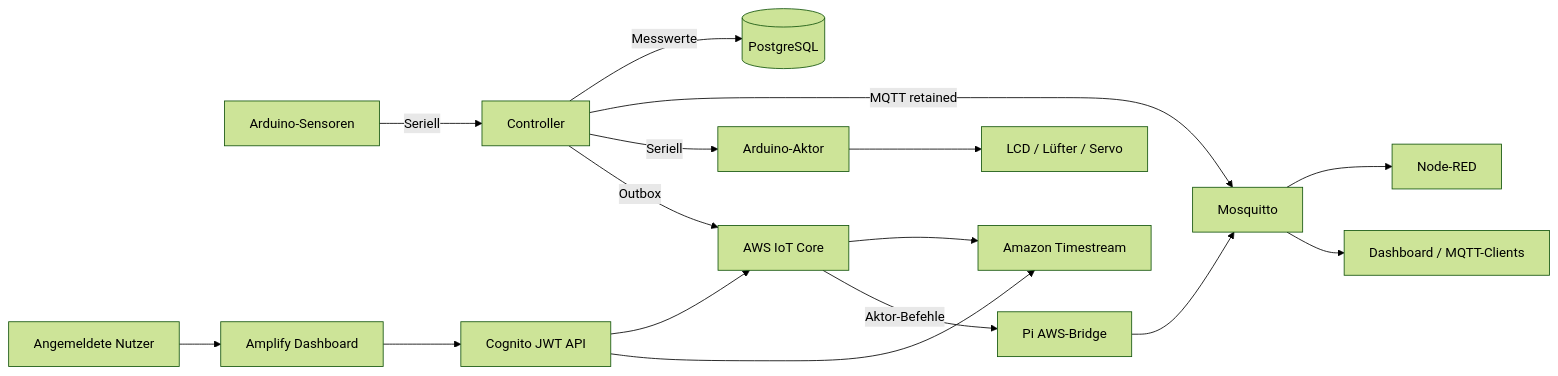
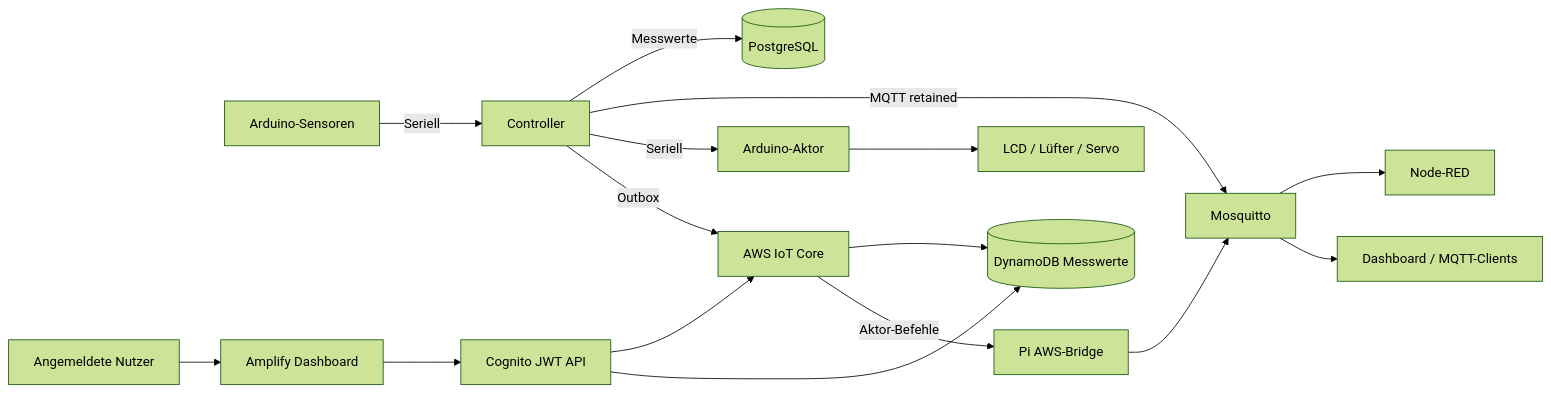
The diagram in README.md (tom-rietzke/smart-systems), drawn with Mermaid (forest theme) before and after one commit. The commit also changed other lines of this file and 12 other files, not shown here.

````diff
--- a/README.md
+++ b/README.md
@@ -13,18 +13,18 @@
 ```mermaid
 flowchart LR
     A[Arduino-Sensoren] -->|Seriell| B[Controller]
     B -->|Messwerte| C[(PostgreSQL)]
     B -->|MQTT retained| D[Mosquitto]
     D --> E[Node-RED]
     D --> F[Dashboard / MQTT-Clients]
     B -->|Seriell| G[Arduino-Aktor]
     G --> H[LCD / Lüfter / Servo]
     B -->|Outbox| I[AWS IoT Core]
-    I --> J[Amazon Timestream]
+    I --> J[(DynamoDB Messwerte)]
     I -->|Aktor-Befehle| L[Pi AWS-Bridge]
     L --> D
     U[Angemeldete Nutzer] --> M[Amplify Dashboard]
     M --> N[Cognito JWT API]
     N --> I
     N --> J
 ```
````
